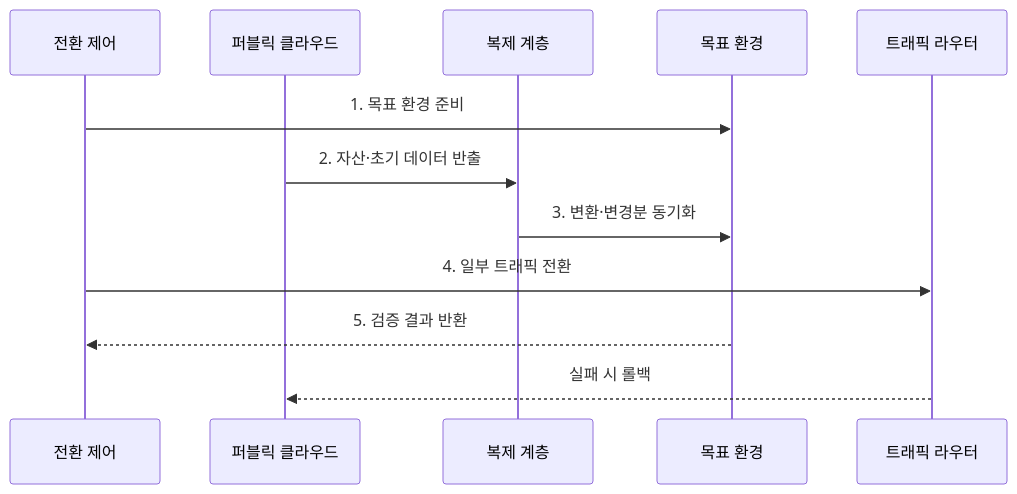
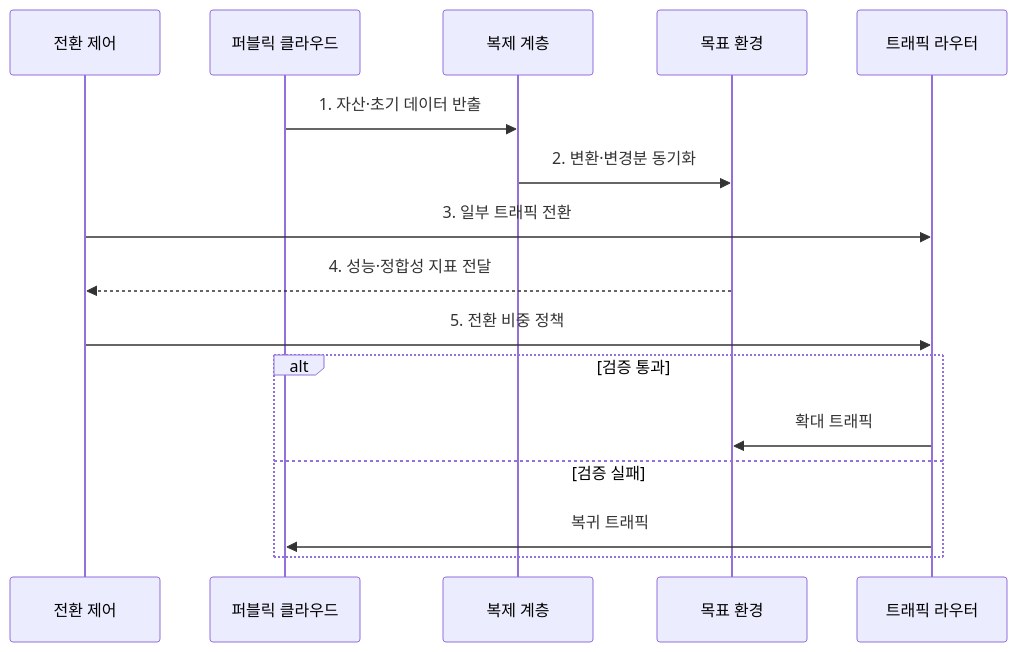
The second of 2 diagrams in src/content/docs/notes/03-software/169_cloud_repatriation.md (agnusdei1207/knowledge-base), drawn with Mermaid before and after one commit. The commit also changed other lines of this file and 20 other files, not shown here.

````diff
--- a/src/content/docs/notes/03-software/169_cloud_repatriation.md
+++ b/src/content/docs/notes/03-software/169_cloud_repatriation.md
@@ -82,14 +83,18 @@
 ```mermaid
 sequenceDiagram
     participant O as 전환 제어
     participant C as 퍼블릭 클라우드
     participant R as 복제 계층
     participant T as 목표 환경
     participant G as 트래픽 라우터
-    O->>T: 1. 목표 환경 준비
-    C->>R: 2. 자산·초기 데이터 반출
-    R->>T: 3. 변환·변경분 동기화
-    O->>G: 4. 일부 트래픽 전환
-    T-->>O: 5. 검증 결과 반환
-    G-->>C: 실패 시 롤백
+    C->>R: 1. 자산·초기 데이터 반출
+    R->>T: 2. 변환·변경분 동기화
+    O->>G: 3. 일부 트래픽 전환
+    T-->>O: 4. 성능·정합성 지표 전달
+    O->>G: 5. 전환 비중 정책
+    alt 검증 통과
+        G->>T: 확대 트래픽
+    else 검증 실패
+        G->>C: 복귀 트래픽
+    end
 ```
````
